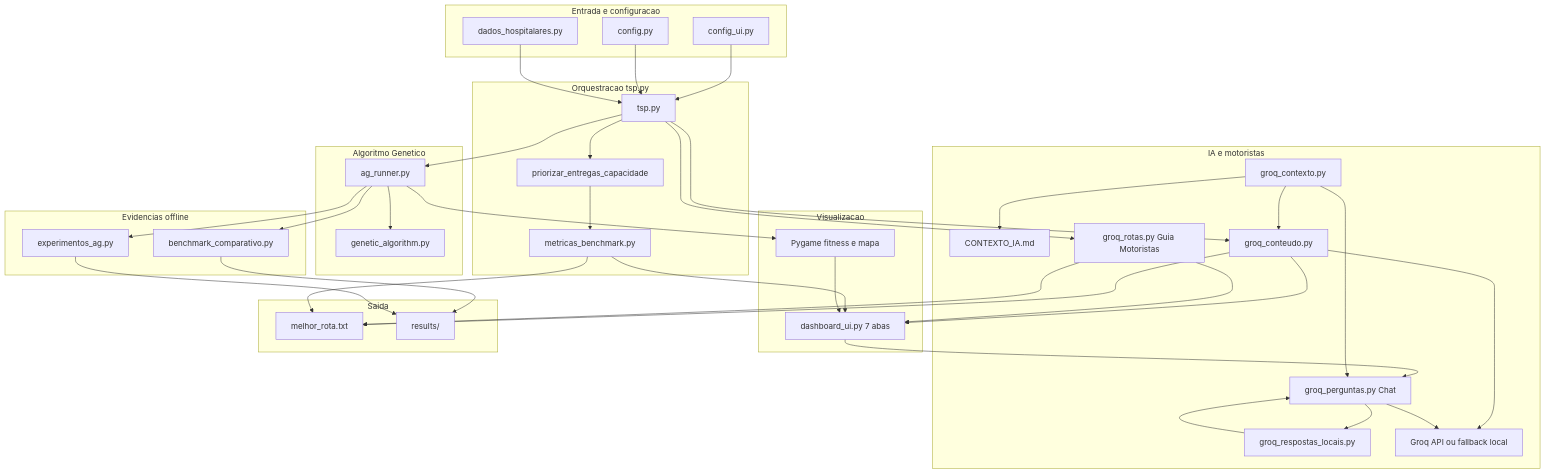
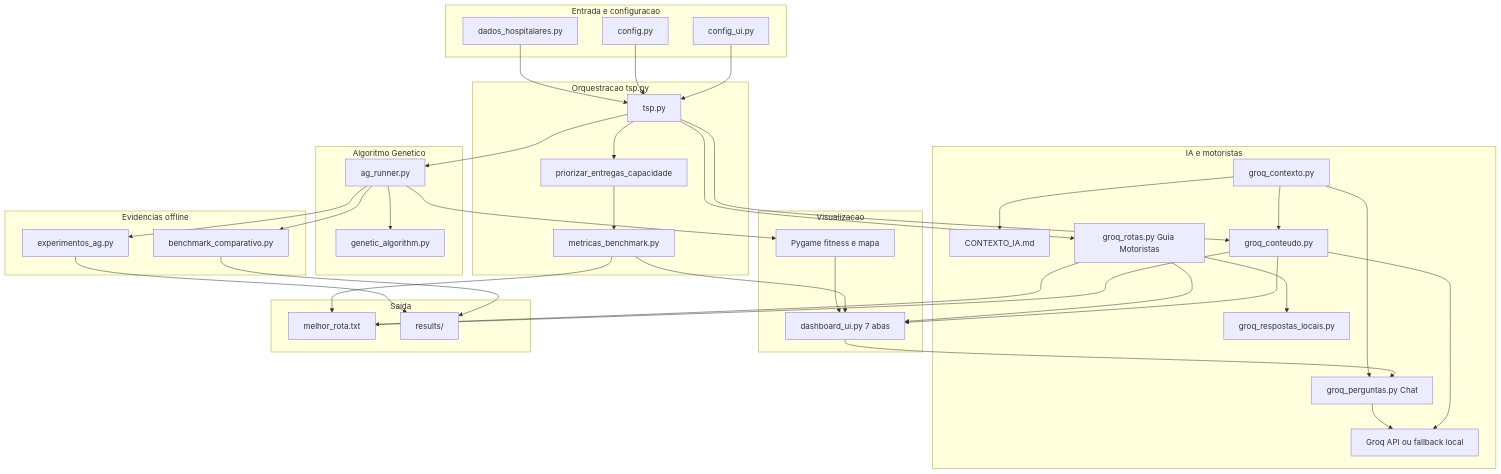
Before and after one commit to EdreiM/PosTechFIAP-Fase2: the diagram in docs/ARQUITETURA.md, drawn with Mermaid. The commit also changed other lines of this file and 32 other files, not shown here.

````diff
--- a/docs/ARQUITETURA.md
+++ b/docs/ARQUITETURA.md
@@ -11,81 +11,80 @@
 ```mermaid
 flowchart TB
     subgraph entrada [Entrada e configuracao]
         ConfigUI[config_ui.py]
         Config[config.py]
         DadosH[dados_hospitalares.py]
     end
 
     subgraph orquestracao [Orquestracao tsp.py]
         TSP[tsp.py]
         Priorizar[priorizar_entregas_capacidade]
         Metricas[metricas_benchmark.py]
     end
 
     subgraph ag [Algoritmo Genetico]
         Runner[ag_runner.py]
         GA[genetic_algorithm.py]
     end
 
     subgraph visual [Visualizacao]
         Pygame[Pygame fitness e mapa]
         Dashboard[dashboard_ui.py 7 abas]
     end
 
     subgraph ia [IA e motoristas]
         ContextoMD[CONTEXTO_IA.md]
         ContextoPy[groq_contexto.py]
         Conteudo[groq_conteudo.py]
         Rotas[groq_rotas.py Guia Motoristas]
         Perguntas[groq_perguntas.py Chat]
         Locais[groq_respostas_locais.py]
         Groq[Groq API ou fallback local]
     end
 
     subgraph evidencias [Evidencias offline]
         Bench[benchmark_comparativo.py]
         Exp[experimentos_ag.py]
     end
 
     subgraph saida [Saida]
         Arquivo[melhor_rota.txt]
         Results[results/]
     end
 
     ConfigUI --> TSP
     Config --> TSP
     DadosH --> TSP
 
     TSP --> Runner
     Runner --> GA
     Runner --> Pygame
 
     TSP --> Priorizar
     Priorizar --> Metricas
     Metricas --> Dashboard
     Pygame --> Dashboard
 
     ContextoPy --> ContextoMD
     TSP --> Conteudo
     ContextoPy --> Conteudo
     Conteudo --> Groq
     Conteudo --> Dashboard
 
     TSP --> Rotas
+    Rotas --> Locais
     Rotas --> Dashboard
 
     Dashboard --> Perguntas
-    Perguntas --> Locais
-    Locais --> Perguntas
     ContextoPy --> Perguntas
     Perguntas --> Groq
 
     Conteudo --> Arquivo
     Rotas --> Arquivo
     Metricas --> Arquivo
 
     Runner --> Bench
     Runner --> Exp
     Bench --> Results
     Exp --> Results
 ```
````
